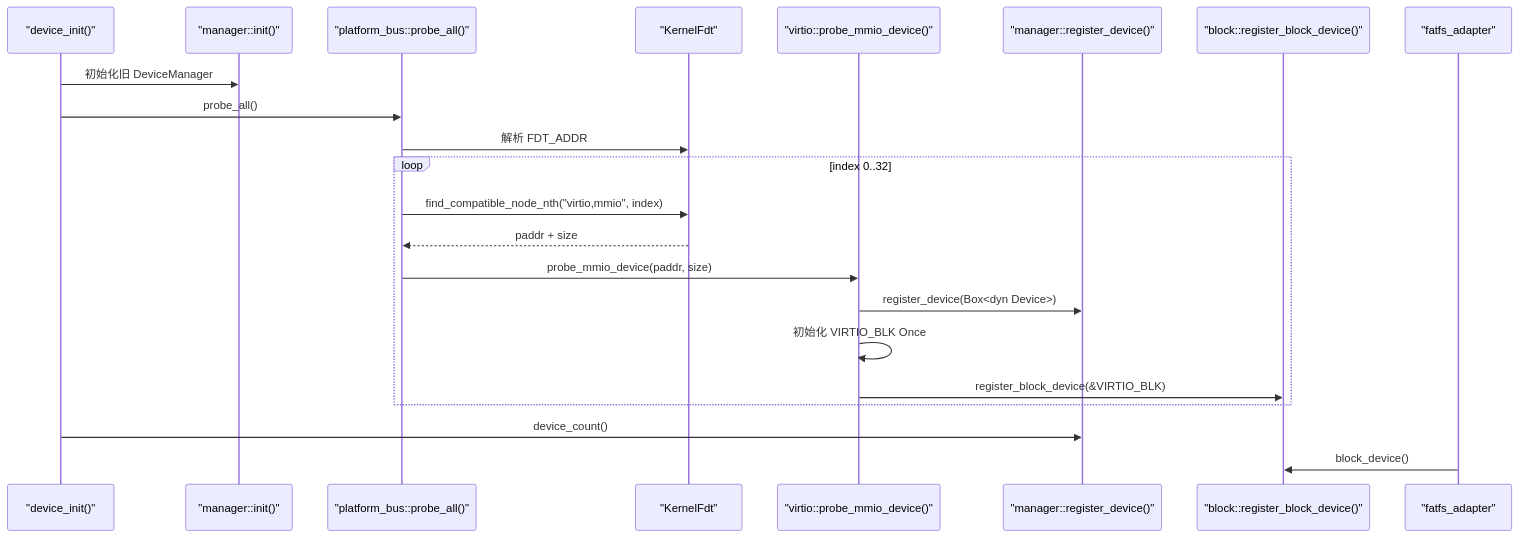
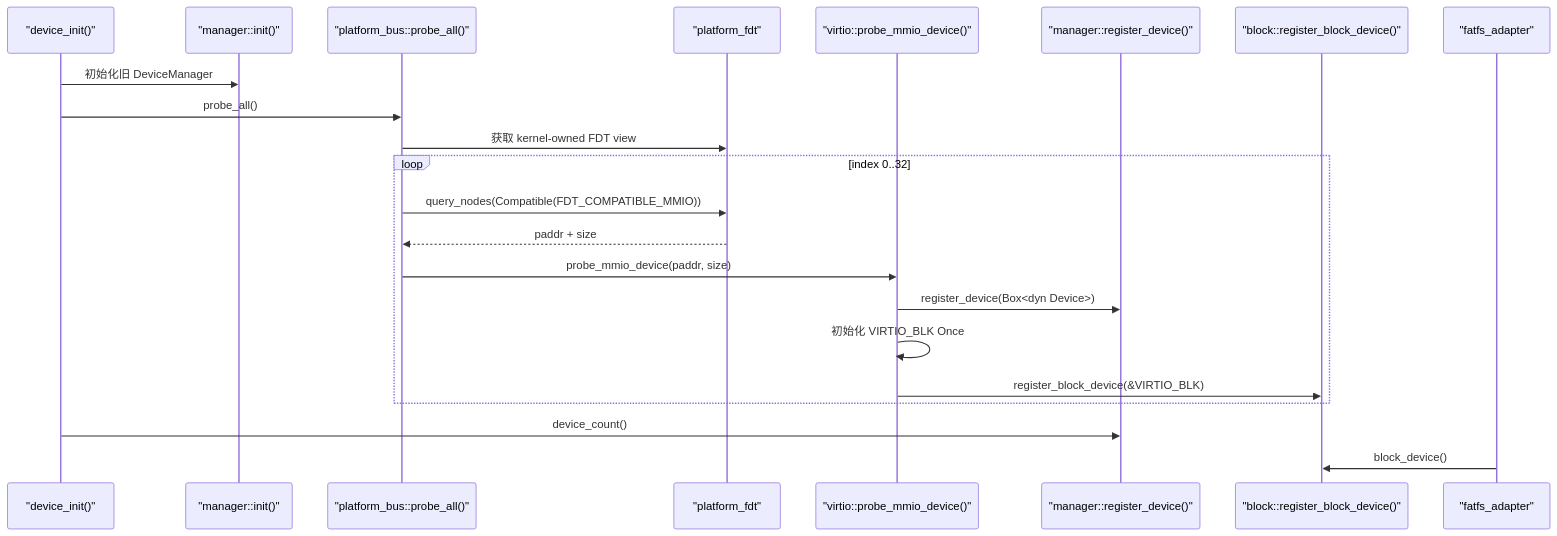
The first of 2 diagrams in docs/design/device-d2-driver-descriptor-probe.md (MRNIU/SimpleKernel), drawn with Mermaid before and after one commit. The commit also changed other lines of this file and 55 other files, not shown here.

First line of the commit message:
refactor(platform): split platform FDT and arch primitives

````diff
--- a/docs/design/device-d2-driver-descriptor-probe.md
+++ b/docs/design/device-d2-driver-descriptor-probe.md
@@ -81,25 +82,25 @@
 ```mermaid
 sequenceDiagram
   participant Init as "device_init()"
   participant Manager as "manager::init()"
   participant Bus as "platform_bus::probe_all()"
-  participant Fdt as "KernelFdt"
+  participant Fdt as "platform_fdt"
   participant Virtio as "virtio::probe_mmio_device()"
   participant DeviceManager as "manager::register_device()"
   participant Block as "block::register_block_device()"
   participant Fs as "fatfs_adapter"
 
   Init->>Manager: 初始化旧 DeviceManager
   Init->>Bus: probe_all()
-  Bus->>Fdt: 解析 FDT_ADDR
+  Bus->>Fdt: 获取 kernel-owned FDT view
   loop index 0..32
-    Bus->>Fdt: find_compatible_node_nth("virtio,mmio", index)
+    Bus->>Fdt: query_nodes(Compatible(FDT_COMPATIBLE_MMIO))
     Fdt-->>Bus: paddr + size
     Bus->>Virtio: probe_mmio_device(paddr, size)
     Virtio->>DeviceManager: register_device(Box<dyn Device>)
     Virtio->>Virtio: 初始化 VIRTIO_BLK Once
     Virtio->>Block: register_block_device(&VIRTIO_BLK)
   end
   Init->>DeviceManager: device_count()
   Fs->>Block: block_device()
 ```
````
